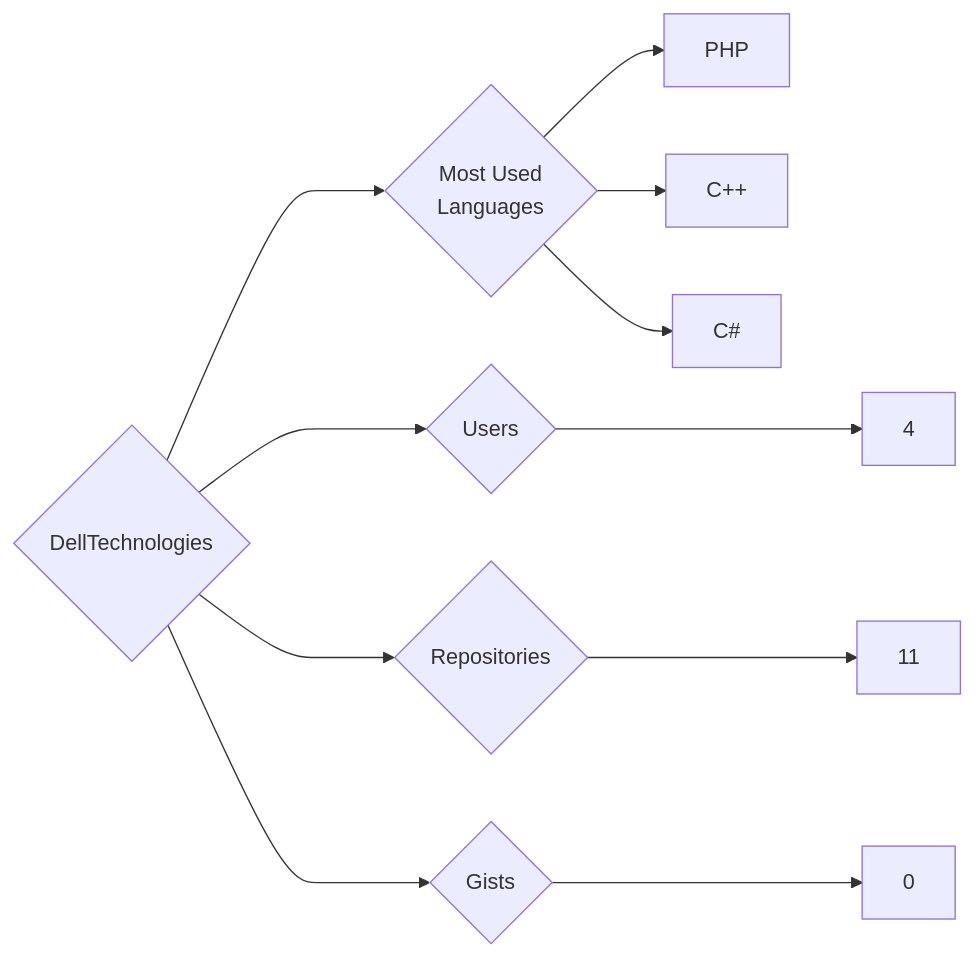
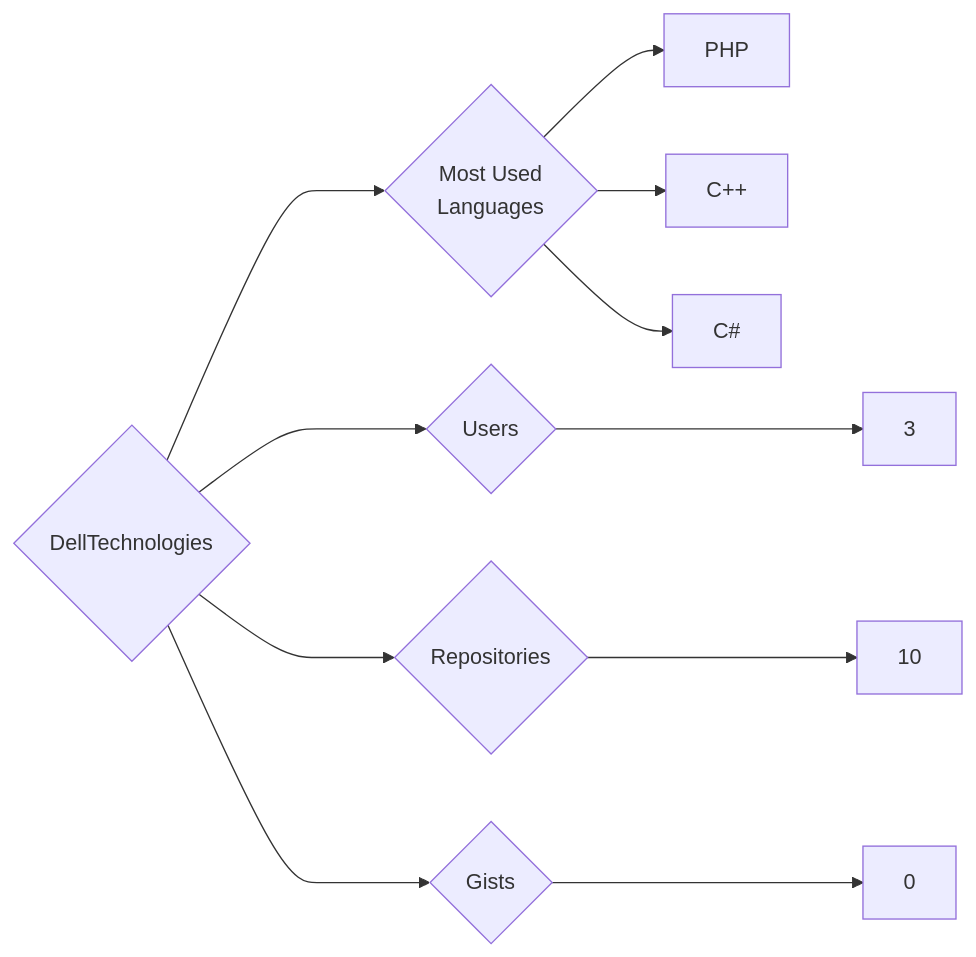
The diagram in targets/DellTechnologies/README.md (trickest/insiders), drawn with Mermaid before and after one commit. The commit also changed 873 other files, not shown here.

````diff
--- a/targets/DellTechnologies/README.md
+++ b/targets/DellTechnologies/README.md
@@ -3,11 +3,11 @@
 ```mermaid
 graph LR
 COMPANY_NAME{DellTechnologies}
-COMPANY_NAME ---> U{Users} ---> UN[4]
-COMPANY_NAME ---> R{Repositories} ---> RN[11]
+COMPANY_NAME ---> U{Users} ---> UN[3]
+COMPANY_NAME ---> R{Repositories} ---> RN[10]
 COMPANY_NAME ---> G{Gists} ---> GN[0]
 COMPANY_NAME ---> ML{Most Used<br>Languages}
 ML --> PHP[PHP]
 ML --> C++[C++]
 ML --> C#[C#]
 ```
````
